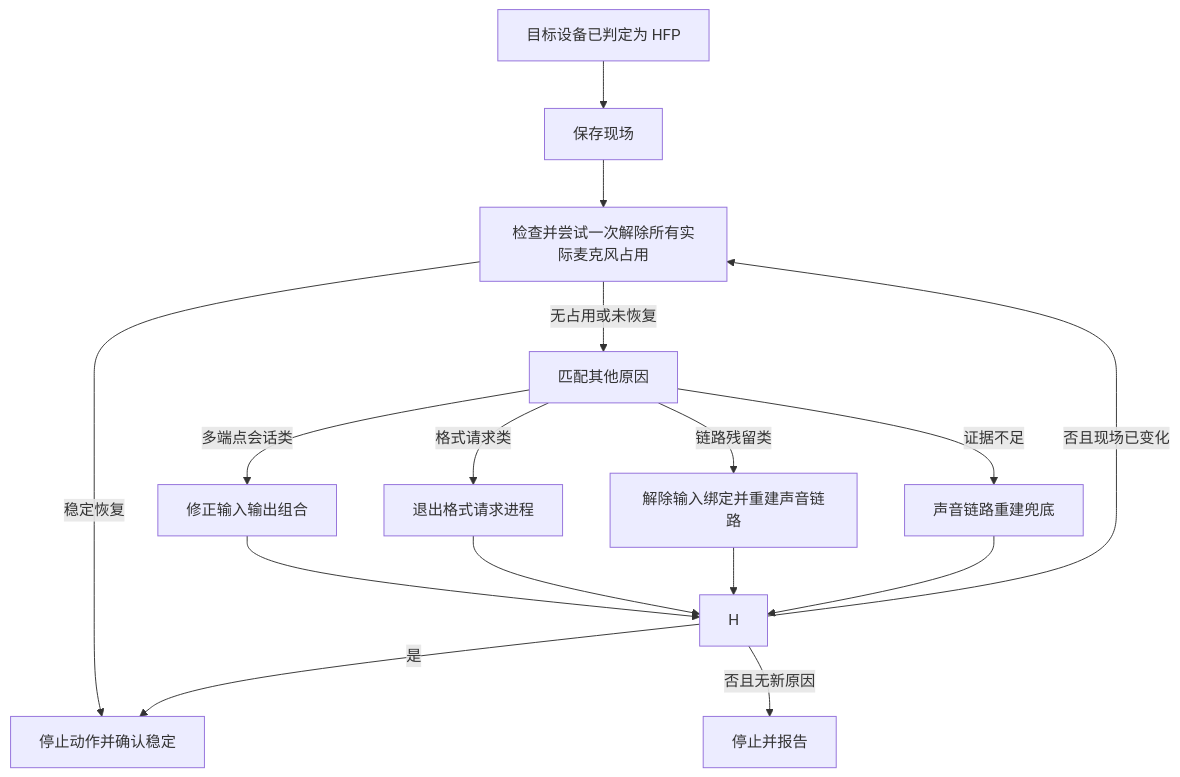
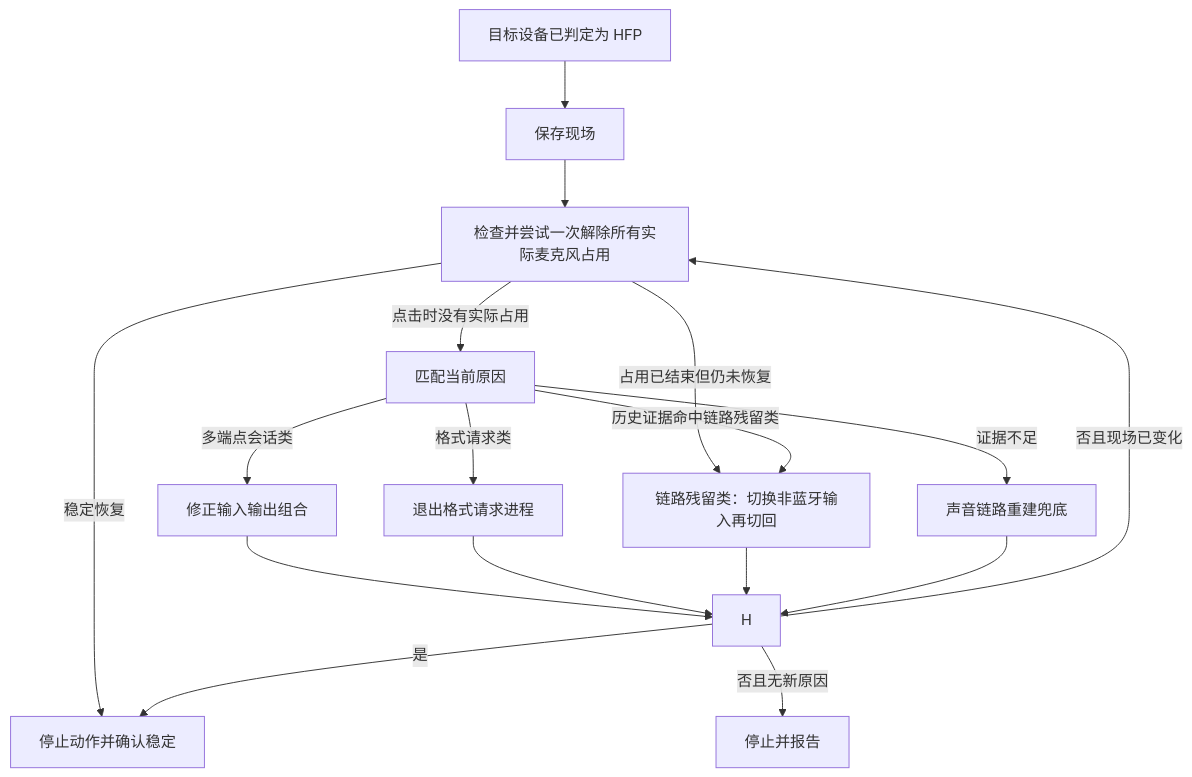
The diagram in reference/SPEC/HFP模式一键修复方案.md (andy-JustSayWhen/fix-Bluetooth-earphone-audio-problem), drawn with Mermaid before and after one commit. The commit also changed other lines of this file and 1 other file, not shown here.

````diff
--- a/reference/SPEC/HFP模式一键修复方案.md
+++ b/reference/SPEC/HFP模式一键修复方案.md
@@ -32,18 +32,19 @@
 ```mermaid
 flowchart TD
     A[目标设备已判定为 HFP] --> B[保存现场]
     B --> C[检查并尝试一次解除所有实际麦克风占用]
     C -->|稳定恢复| I[停止动作并确认占用状态]
-    C -->|无占用或未恢复| K[匹配其他原因]
+    C -->|占用已结束但仍未恢复| L[链路残留类：切换非蓝牙输入再切回]
+    C -->|点击时没有实际占用| K[匹配当前原因]
     K -->|多端点会话类| E[修正输入输出组合]
     K -->|格式请求类| F[退出格式请求进程]
-    K -->|链路残留类| L[解除输入绑定并重建声音链路]
+    K -->|历史证据命中链路残留类| L
     K -->|证据不足| G[声音链路重建兜底]
     E --> H
     F --> H
     L --> H
     G --> H
     H -->|是| I[停止动作并确认稳定]
     H -->|否且现场已变化| C
     H -->|否且无新原因| J[停止并报告]
 ```
````
